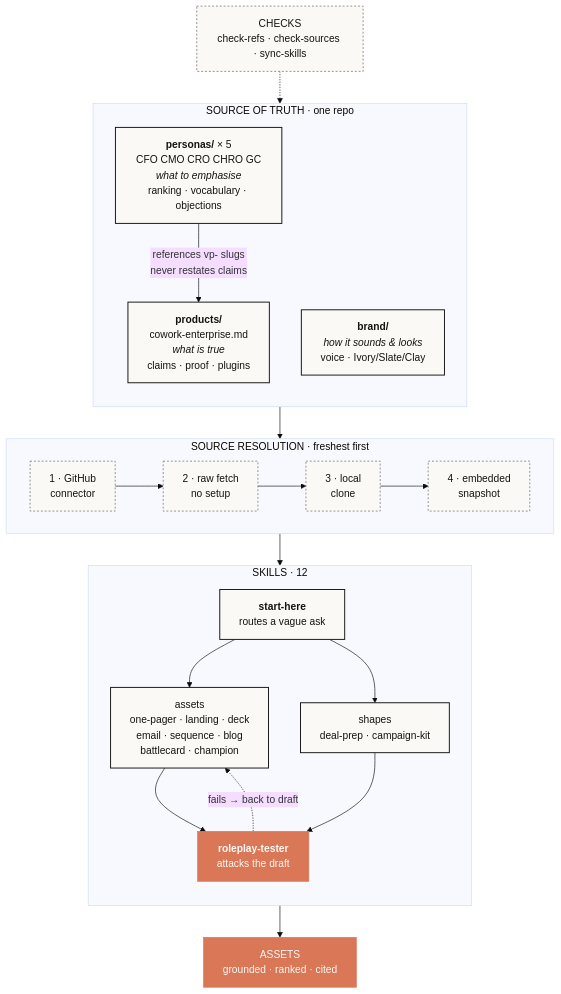
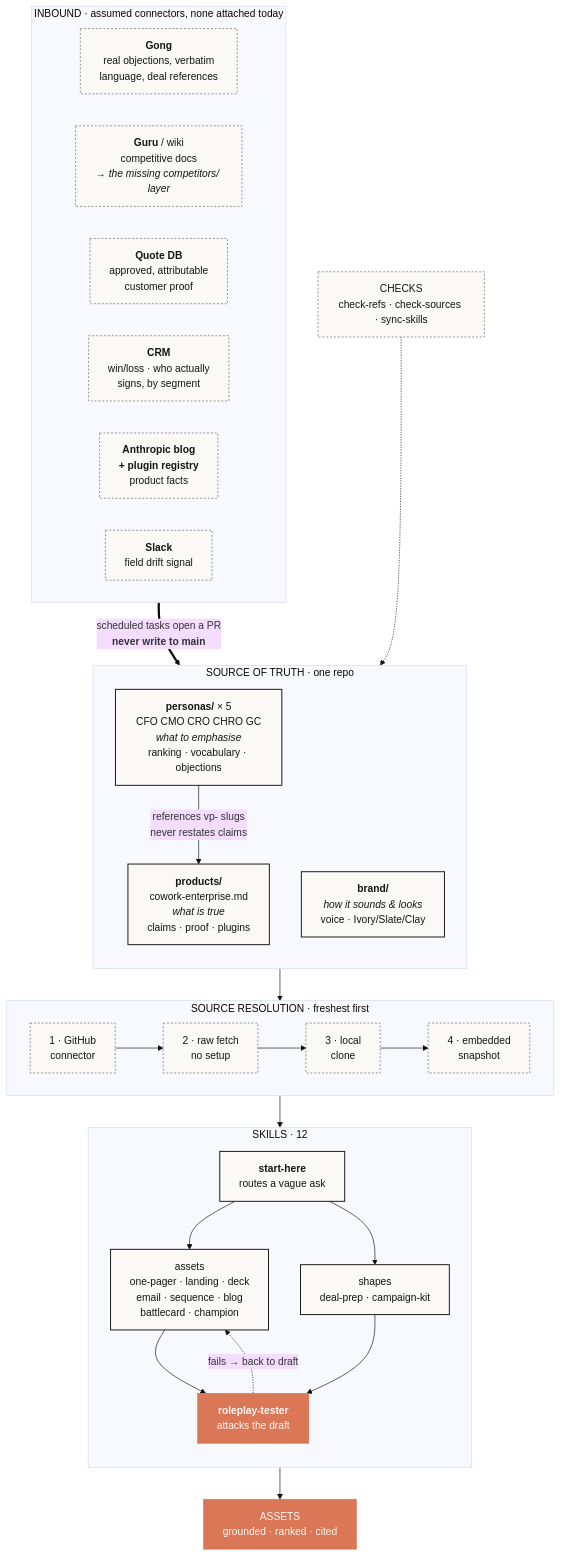
Before and after one commit to amulyauppala1-jpg/Claude-Cowork-Positioning: the diagram in ARCHITECTURE.md, drawn with Mermaid (base theme). The commit also changed other lines of this file and 6 other files, not shown here.

First line of the commit message:
Name the assumed inbound sources and add a synthetic pricing layer

````diff
--- a/ARCHITECTURE.md
+++ b/ARCHITECTURE.md
@@ -3,38 +3,49 @@
 ```mermaid
 flowchart TB
+    subgraph FEED["INBOUND · assumed connectors, none attached today"]
+        direction LR
+        G["<b>Gong</b><br/>real objections, verbatim<br/>language, deal references"]
+        GU["<b>Guru</b> / wiki<br/>competitive docs<br/><i>→ the missing competitors/ layer</i>"]
+        UE["<b>Quote DB</b><br/>approved, attributable<br/>customer proof"]
+        SF["<b>CRM</b><br/>win/loss · who actually<br/>signs, by segment"]
+        AN["<b>Anthropic blog<br/>+ plugin registry</b><br/>product facts"]
+        SL["<b>Slack</b><br/>field drift signal"]
+    end
+
     subgraph SRC["SOURCE OF TRUTH · one repo"]
         direction TB
         P["<b>products/</b><br/>cowork-enterprise.md<br/><i>what is true</i><br/>claims · proof · plugins"]
         PER["<b>personas/</b> × 5<br/>CFO CMO CRO CHRO GC<br/><i>what to emphasise</i><br/>ranking · vocabulary · objections"]
         B["<b>brand/</b><br/><i>how it sounds &amp; looks</i><br/>voice · Ivory/Slate/Clay"]
         PER -- "references vp- slugs<br/>never restates claims" --> P
     end
 
     subgraph RES["SOURCE RESOLUTION · freshest first"]
         direction LR
         R1["1 · GitHub<br/>connector"] --> R2["2 · raw fetch<br/>no setup"] --> R3["3 · local<br/>clone"] --> R4["4 · embedded<br/>snapshot"]
     end
 
     subgraph SK["SKILLS · 12"]
         direction TB
         SH["<b>start-here</b><br/>routes a vague ask"]
         A["assets<br/>one-pager · landing · deck<br/>email · sequence · blog<br/>battlecard · champion"]
         SP["shapes<br/>deal-prep · campaign-kit"]
         T["<b>roleplay-tester</b><br/>attacks the draft"]
         SH --> A & SP --> T
     end
 
     OUT["ASSETS<br/>grounded · ranked · cited"]
     CHK["CHECKS<br/>check-refs · check-sources · sync-skills"]
 
+    FEED ==>|"scheduled tasks open a PR<br/><b>never write to main</b>"| SRC
     SRC --> RES --> SK --> OUT
     CHK -.-> SRC
     T -.->|"fails → back to draft"| A
 
     classDef src fill:#FAF9F5,stroke:#141413,stroke-width:1.5px,color:#141413
     classDef acc fill:#D97757,stroke:#D97757,color:#FAF9F5
     classDef plain fill:#FAF9F5,stroke:#5c5b57,stroke-dasharray:3 3,color:#141413
     class P,PER,B,SH,A,SP src
     class OUT,T acc
-    class CHK,R1,R2,R3,R4 plain
+    class CHK,R1,R2,R3,R4,G,GU,UE,SF,AN,SL plain
 ```
````
